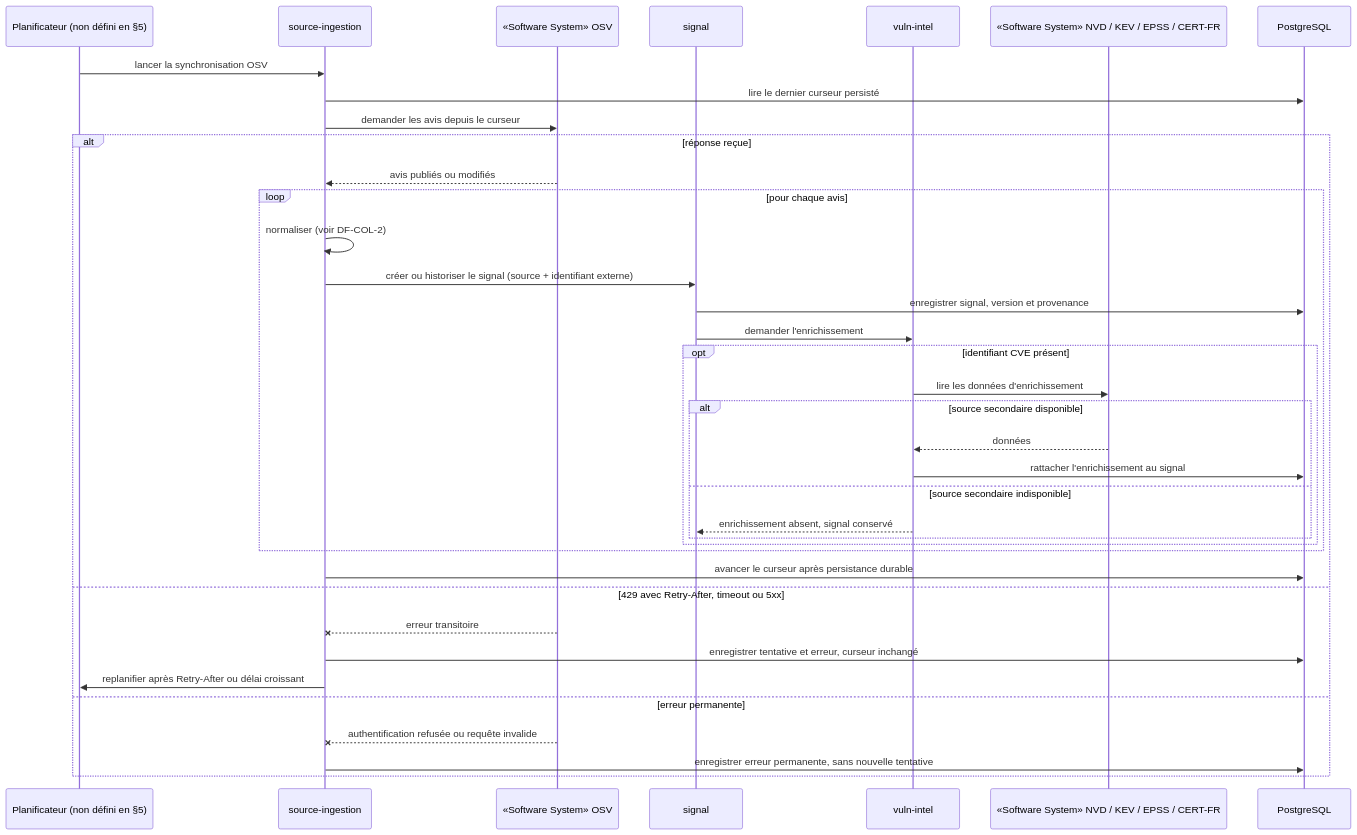
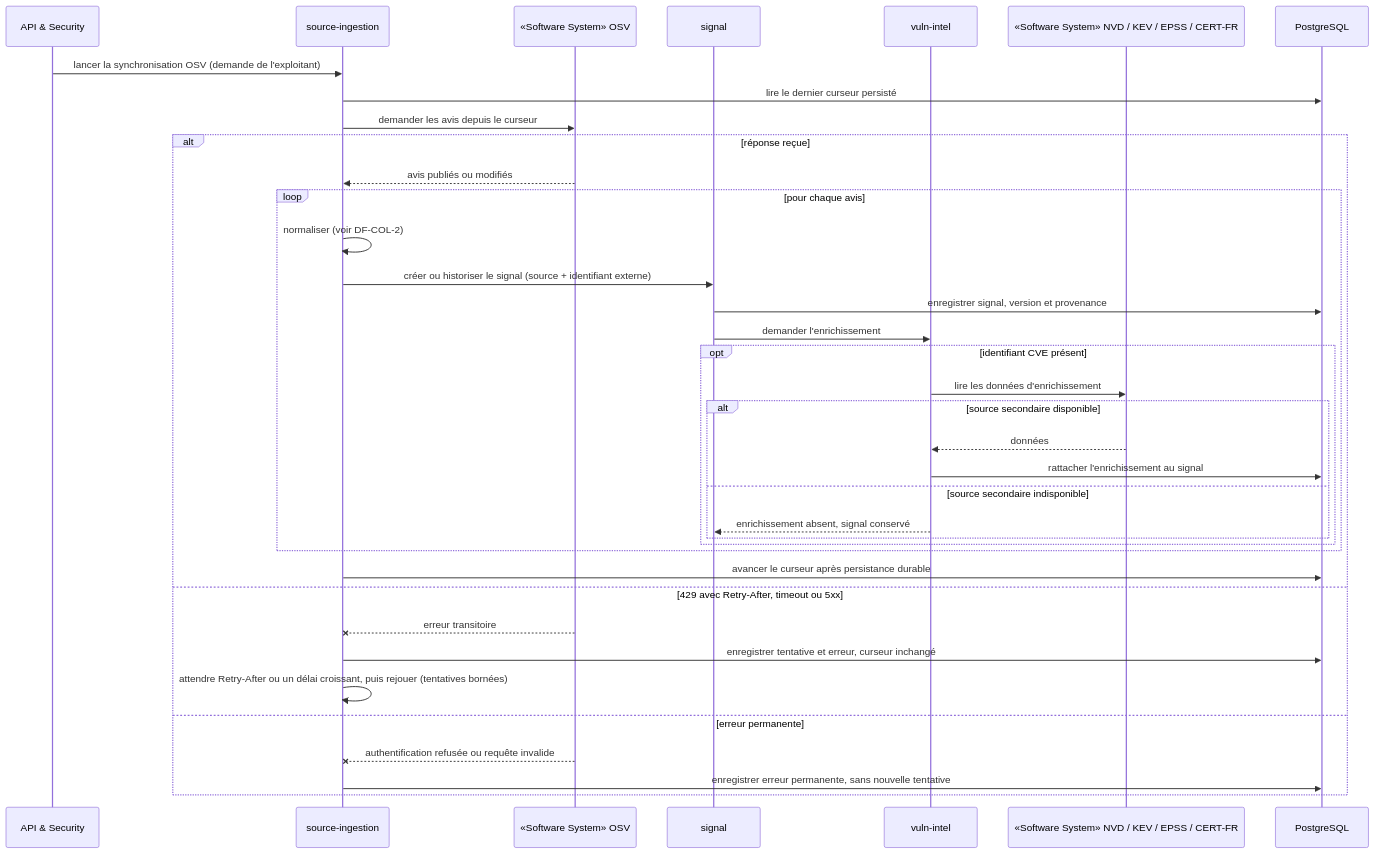
Before and after one commit to FTurleque/argos-tech-platform: the first of 3 diagrams in docs/specifications/collecte-avis-securite.md, drawn with Mermaid. The commit also changed other lines of this file and 14 other files, not shown here.

````diff
--- a/docs/specifications/collecte-avis-securite.md
+++ b/docs/specifications/collecte-avis-securite.md
@@ -89,40 +89,40 @@
 ```mermaid
 sequenceDiagram
-    participant Plan as Planificateur (non défini en §5)
+    participant Plan as API & Security
     participant Ing as source-ingestion
     participant OSV as «Software System» OSV
     participant Sig as signal
     participant Vuln as vuln-intel
     participant Sec as «Software System» NVD / KEV / EPSS / CERT-FR
     participant DB as PostgreSQL
 
-    Plan->>Ing: lancer la synchronisation OSV
+    Plan->>Ing: lancer la synchronisation OSV (demande de l'exploitant)
     Ing->>DB: lire le dernier curseur persisté
     Ing->>OSV: demander les avis depuis le curseur
     alt réponse reçue
         OSV-->>Ing: avis publiés ou modifiés
         loop pour chaque avis
             Ing->>Ing: normaliser (voir DF-COL-2)
             Ing->>Sig: créer ou historiser le signal (source + identifiant externe)
             Sig->>DB: enregistrer signal, version et provenance
             Sig->>Vuln: demander l'enrichissement
             opt identifiant CVE présent
                 Vuln->>Sec: lire les données d'enrichissement
                 alt source secondaire disponible
                     Sec-->>Vuln: données
                     Vuln->>DB: rattacher l'enrichissement au signal
                 else source secondaire indisponible
                     Vuln-->>Sig: enrichissement absent, signal conservé
                 end
             end
         end
         Ing->>DB: avancer le curseur après persistance durable
     else 429 avec Retry-After, timeout ou 5xx
         OSV--xIng: erreur transitoire
         Ing->>DB: enregistrer tentative et erreur, curseur inchangé
-        Ing->>Plan: replanifier après Retry-After ou délai croissant
+        Ing->>Ing: attendre Retry-After ou un délai croissant, puis rejouer (tentatives bornées)
     else erreur permanente
         OSV--xIng: authentification refusée ou requête invalide
         Ing->>DB: enregistrer erreur permanente, sans nouvelle tentative
     end
 ```
````
